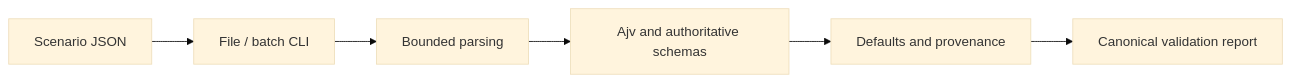
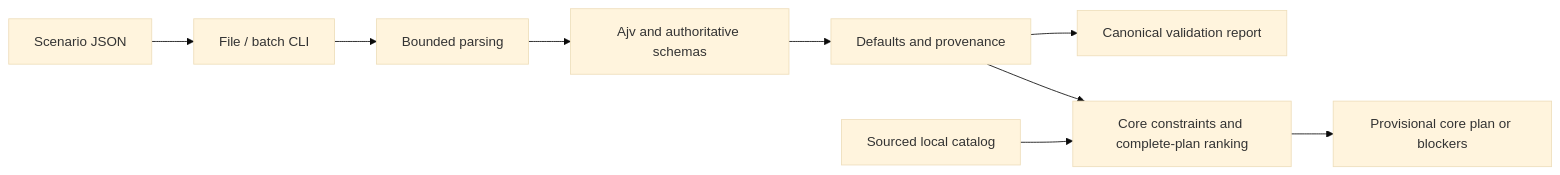
Before and after one commit to oki-dokii/StackSense: the diagram in README.md, drawn with Mermaid (base theme). The commit also changed other lines of this file and 43 other files, not shown here.

Commit message:
feat: implement phase 2 catalog and deterministic core planner

````diff
--- a/README.md
+++ b/README.md
@@ -73,8 +83,11 @@
 ```mermaid
 flowchart LR
   Input[Scenario JSON] --> CLI[File / batch CLI]
   CLI --> Parse[Bounded parsing]
   Parse --> Contracts[Ajv and authoritative schemas]
   Contracts --> Normalize[Defaults and provenance]
   Normalize --> Report[Canonical validation report]
+  Normalize --> Planner[Core constraints and complete-plan ranking]
+  Catalog[Sourced local catalog] --> Planner
+  Planner --> Core[Provisional core plan or blockers]
 ```
````
